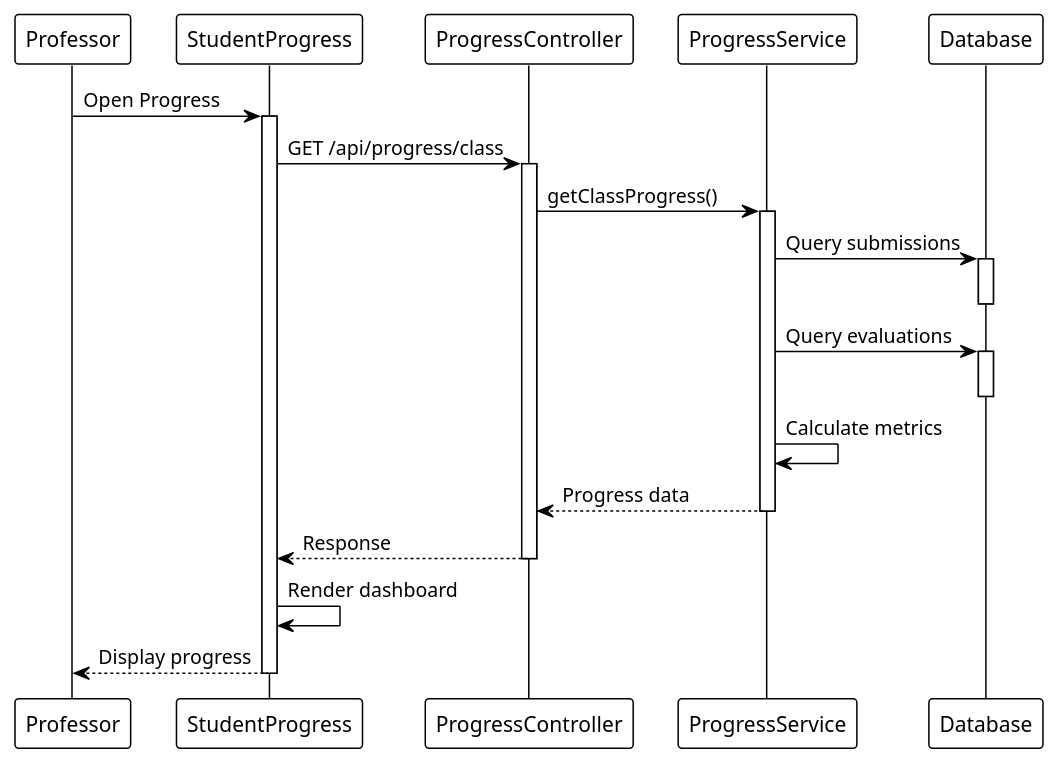
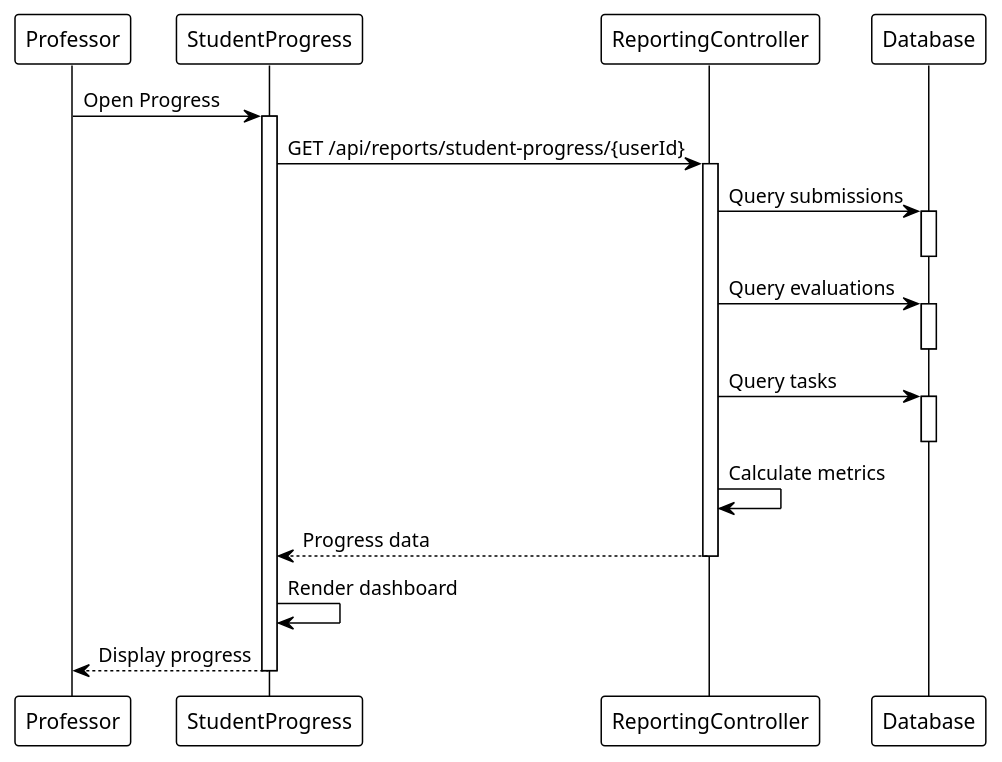
Diagram 19 of 29 in Capstone Files/Module2.md (lawas-tess/SPMP-Evaluator), drawn with PlantUML before and after one commit. The commit also changed other lines of this file and 8 other files, not shown here.

Commit message:
Add AI integration architecture docs, PlantUML diagrams, and presentation script; Update modules with hybrid AI approach; Switch to Amazon Nova model with timeout protection

````diff
--- a/Capstone Files/Module2.md
+++ b/Capstone Files/Module2.md
@@ -2116,31 +2198,29 @@
 ```plantuml
 @startuml StudentProgress_Sequence
 !theme plain
 participant "Professor" as Prof
 participant "StudentProgress" as UI
-participant "ProgressController" as Ctrl
-participant "ProgressService" as Service
+participant "ReportingController" as Ctrl
 participant "Database" as DB
 
 Prof -> UI: Open Progress
 activate UI
-UI -> Ctrl: GET /api/progress/class
+UI -> Ctrl: GET /api/reports/student-progress/{userId}
 activate Ctrl
-Ctrl -> Service: getClassProgress()
-activate Service
-Service -> DB: Query submissions
+Ctrl -> DB: Query submissions
 activate DB
 deactivate DB
-Service -> DB: Query evaluations
+Ctrl -> DB: Query evaluations
 activate DB
 deactivate DB
-Service -> Service: Calculate metrics
-Service --> Ctrl: Progress data
-deactivate Service
-Ctrl --> UI: Response
+Ctrl -> DB: Query tasks
+activate DB
+deactivate DB
+Ctrl -> Ctrl: Calculate metrics
+Ctrl --> UI: Progress data
 deactivate Ctrl
 UI -> UI: Render dashboard
 UI --> Prof: Display progress
 deactivate UI
 @enduml
 ```
````
